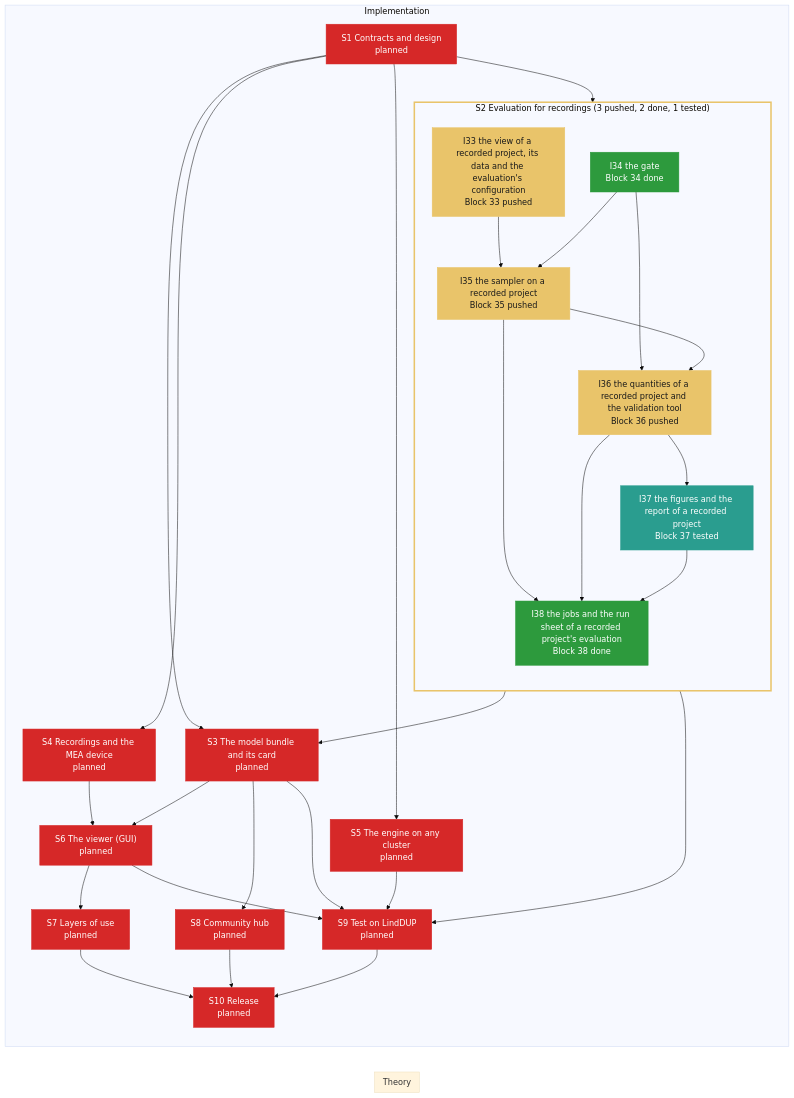
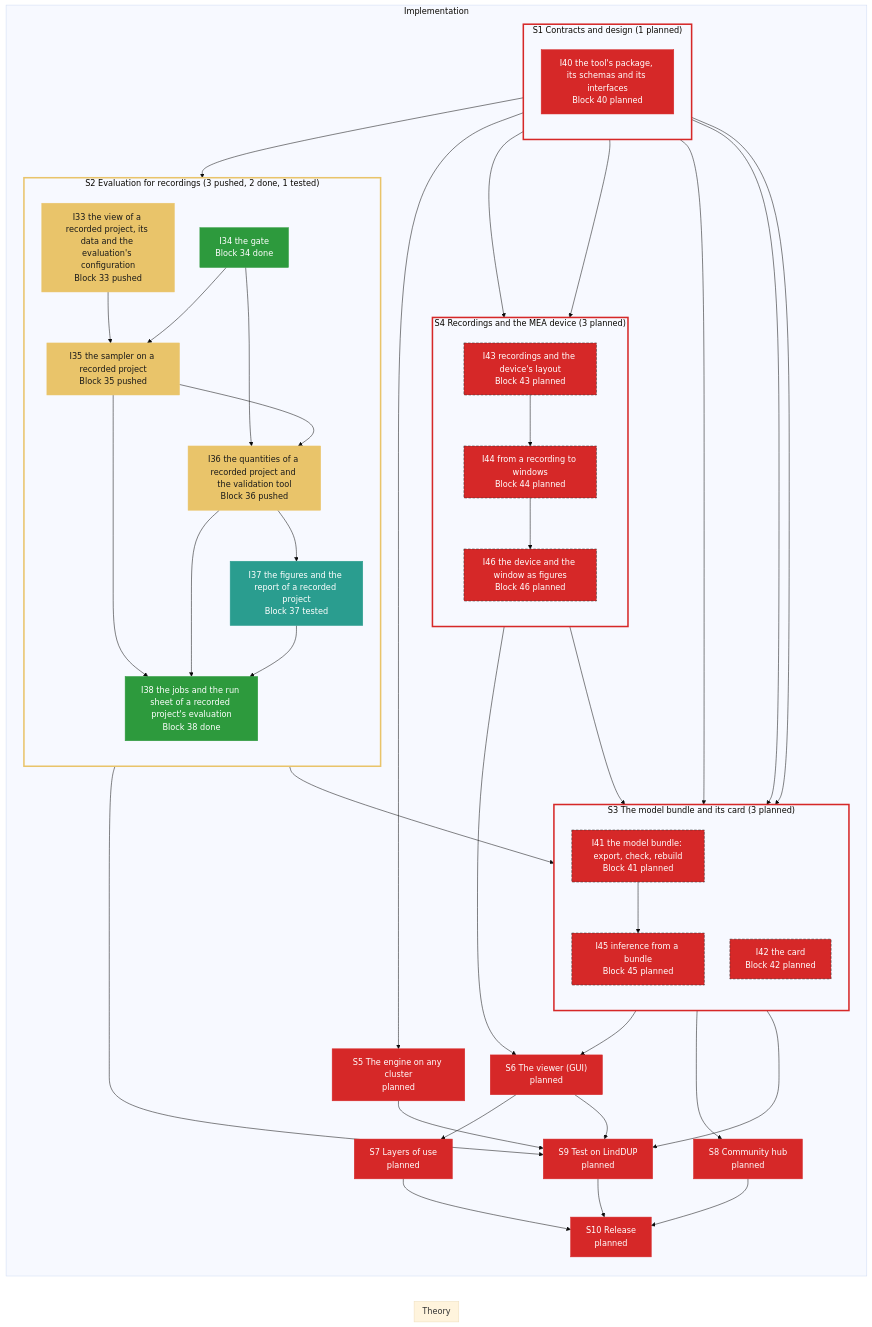
Before and after one commit to Leonardodm00/Simulation-Based-Inference: the diagram in specs/roadmap/tool.md, drawn with Mermaid (base theme). The commit also changed other lines of this file and 2 other files, not shown here.

Commit message:
SPEC: the tool's contracts (sec. 2.7) and blocks 40-46 drafted (S1, S3, S4; D-172..D-175); roadmap: I40-I46
Claude-Session: https://claude.ai/code/session_015FuK9waJUq8JtaZq99jETA

````diff
--- a/specs/roadmap/tool.md
+++ b/specs/roadmap/tool.md
@@ -21,7 +21,10 @@
     end
     subgraph impl["Implementation"]
         direction TB
-        S1["S1 Contracts and design<br/>planned"]:::planned
+        subgraph grp_S1["S1 Contracts and design (1 planned)"]
+            direction TB
+            I40["I40 the tool's package, its schemas and its interfaces<br/>Block 40 planned"]:::planned
+        end
         subgraph grp_S2["S2 Evaluation for recordings (3 pushed, 2 done, 1 tested)"]
             direction TB
             I33["I33 the view of a recorded project, its data and the evaluation's configuration<br/>Block 33 pushed"]:::pushed
@@ -31,25 +34,35 @@
             I37["I37 the figures and the report of a recorded project<br/>Block 37 tested"]:::tested
             I38["I38 the jobs and the run sheet of a recorded project's evaluation<br/>Block 38 done"]:::done
         end
-        S3["S3 The model bundle and its card<br/>planned"]:::planned
-        S4["S4 Recordings and the MEA device<br/>planned"]:::planned
+        subgraph grp_S3["S3 The model bundle and its card (3 planned)"]
+            direction TB
+            I41["I41 the model bundle: export, check, rebuild<br/>Block 41 planned"]:::planned
+            I42["I42 the card<br/>Block 42 planned"]:::planned
+            I45["I45 inference from a bundle<br/>Block 45 planned"]:::planned
+        end
+        subgraph grp_S4["S4 Recordings and the MEA device (3 planned)"]
+            direction TB
+            I43["I43 recordings and the device's layout<br/>Block 43 planned"]:::planned
+            I44["I44 from a recording to windows<br/>Block 44 planned"]:::planned
+            I46["I46 the device and the window as figures<br/>Block 46 planned"]:::planned
+        end
         S5["S5 The engine on any cluster<br/>planned"]:::planned
         S6["S6 The viewer (GUI)<br/>planned"]:::planned
         S7["S7 Layers of use<br/>planned"]:::planned
         S8["S8 Community hub<br/>planned"]:::planned
         S9["S9 Test on LindDUP<br/>planned"]:::planned
         S10["S10 Release<br/>planned"]:::planned
-        S1 --> grp_S2
-        S1 --> S3
-        grp_S2 --> S3
-        S1 --> S4
-        S1 --> S5
-        S3 --> S6
-        S4 --> S6
+        grp_S1 --> grp_S2
+        grp_S1 --> grp_S3
+        grp_S2 --> grp_S3
+        grp_S1 --> grp_S4
+        grp_S1 --> S5
+        grp_S3 --> S6
+        grp_S4 --> S6
         S6 --> S7
-        S3 --> S8
+        grp_S3 --> S8
         grp_S2 --> S9
-        S3 --> S9
+        grp_S3 --> S9
         S5 --> S9
         S6 --> S9
         S7 --> S10
@@ -63,6 +76,17 @@
         I35 --> I38
         I36 --> I38
         I37 --> I38
+        I40 --> I41
+        I40 --> I42
+        I40 --> I43
+        I43 --> I44
+        I41 --> I45
+        I44 --> I45
+        I44 --> I46
     end
+    class I41,I42,I43,I44,I45,I46 blocked
+    style grp_S1 stroke:#d62828,stroke-width:3px
     style grp_S2 stroke:#e9c46a,stroke-width:3px
+    style grp_S3 stroke:#d62828,stroke-width:3px
+    style grp_S4 stroke:#d62828,stroke-width:3px
 ```
````
